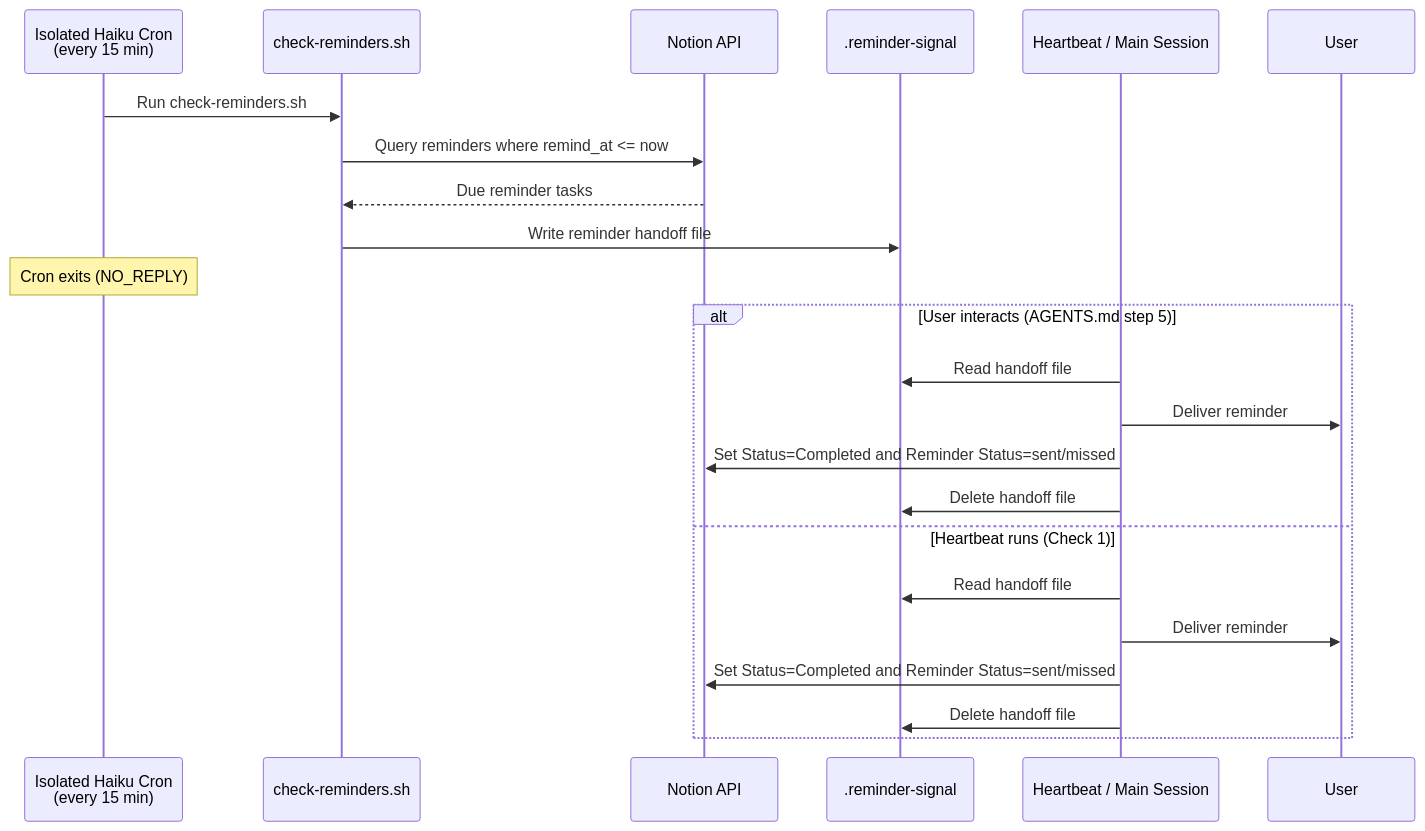
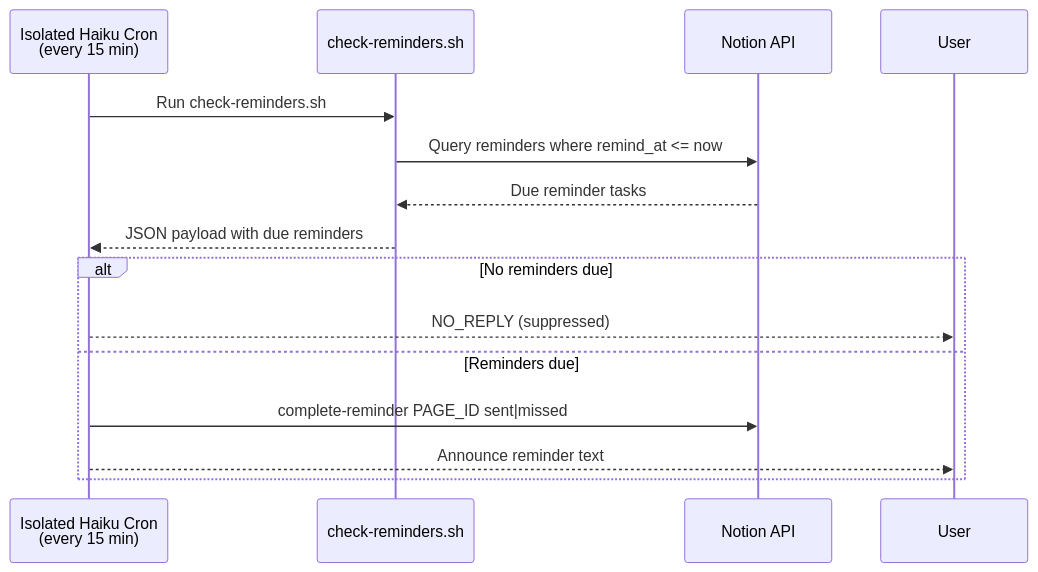
Before and after one commit to NickBorgersProbably/hide-my-list: the fifth of 6 diagrams in docs/architecture.md, drawn with Mermaid. The commit also changed other lines of this file and 11 other files, not shown here.

Commit message:
simplify reminder delivery via announce cron

````diff
--- a/docs/architecture.md
+++ b/docs/architecture.md
@@ -198,26 +198,18 @@
 ```mermaid
 sequenceDiagram
     participant Cron as Isolated Haiku Cron<br/>(every 15 min)
     participant Script as check-reminders.sh
     participant Notion as Notion API
-    participant Signal as .reminder-signal
-    participant Delivery as Heartbeat / Main Session
     participant User
 
     Cron->>Script: Run check-reminders.sh
     Script->>Notion: Query reminders where remind_at <= now
     Notion-->>Script: Due reminder tasks
-    Script->>Signal: Write reminder handoff file
-    Note over Cron: Cron exits (NO_REPLY)
-    alt User interacts (AGENTS.md step 5)
-        Delivery->>Signal: Read handoff file
-        Delivery->>User: Deliver reminder
-        Delivery->>Notion: Set Status=Completed and Reminder Status=sent/missed
-        Delivery->>Signal: Delete handoff file
-    else Heartbeat runs (Check 1)
-        Delivery->>Signal: Read handoff file
-        Delivery->>User: Deliver reminder
-        Delivery->>Notion: Set Status=Completed and Reminder Status=sent/missed
-        Delivery->>Signal: Delete handoff file
+    Script-->>Cron: JSON payload with due reminders
+    alt No reminders due
+        Cron-->>User: NO_REPLY (suppressed)
+    else Reminders due
+        Cron->>Notion: complete-reminder PAGE_ID sent|missed
+        Cron-->>User: Announce reminder text
     end
 ```
````
